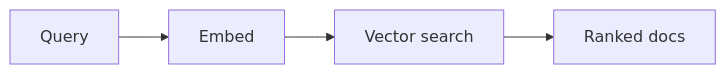
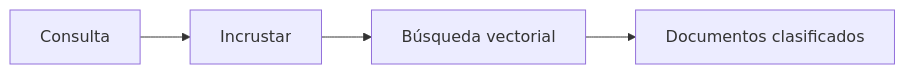
Before and after one commit to EmersonBraun/ai-summary-hub: the diagram in i18n/es/docusaurus-plugin-content-docs/current/semantic-search/index.md, drawn with Mermaid. The commit also changed other lines of this file and 230 other files, not shown here.

````diff
--- a/i18n/es/docusaurus-plugin-content-docs/current/semantic-search/index.md
+++ b/i18n/es/docusaurus-plugin-content-docs/current/semantic-search/index.md
@@ -17,6 +19,6 @@
 ```mermaid
 flowchart LR
-  Query[Query] --> Embed[Embed]
-  Embed --> VectorSearch[Vector search]
-  VectorSearch --> RankedDocs[Ranked docs]
+  Query[Consulta] --> Embed[Incrustar]
+  Embed --> VectorSearch[Búsqueda vectorial]
+  VectorSearch --> RankedDocs[Documentos clasificados]
 ```
````
